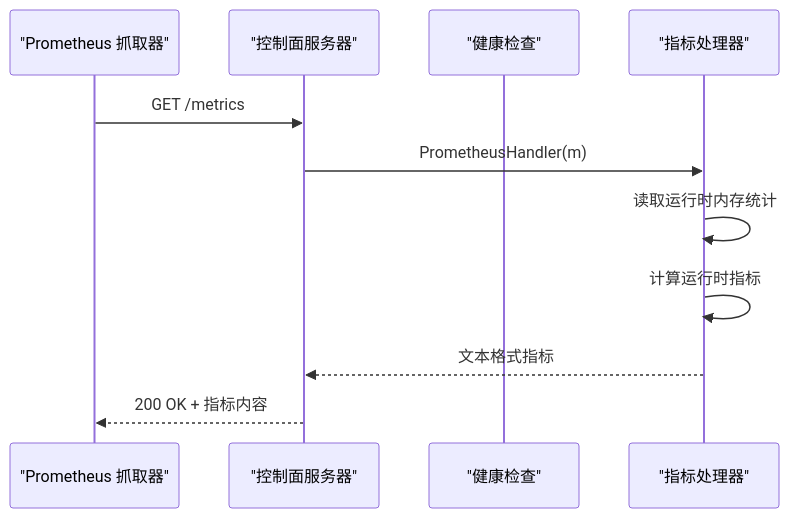
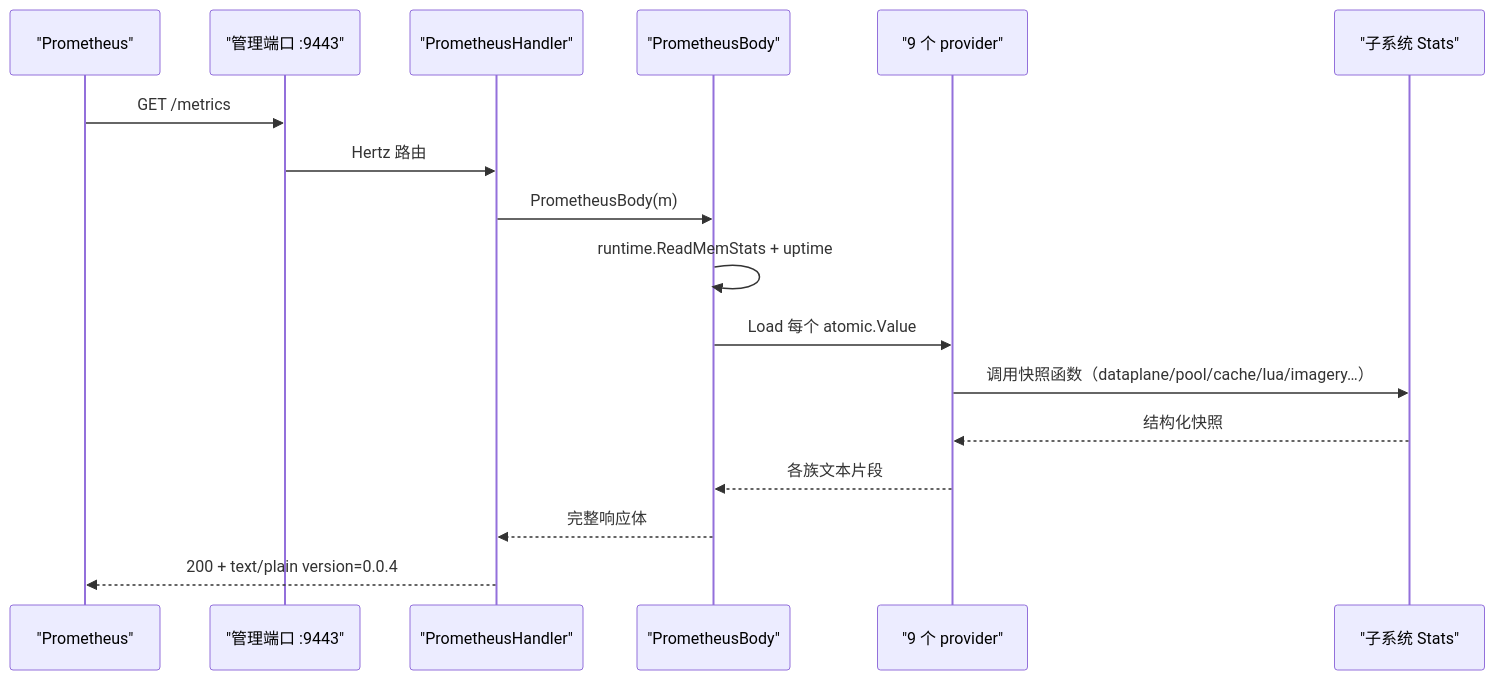
One commit to x01n/My-OpenWaf changed the third of 7 diagrams in docs/扩展与插件系统/第三方集成/监控系统集成.md. Above: the diagram before and after it, drawn with Mermaid. The commit also changed other lines of this file and 622 other files, not shown here.

````diff
--- a/docs/扩展与插件系统/第三方集成/监控系统集成.md
+++ b/docs/扩展与插件系统/第三方集成/监控系统集成.md
@@ -181,13 +227,19 @@
 ```mermaid
 sequenceDiagram
-participant P as "Prometheus 抓取器"
-participant S as "控制面服务器"
-participant H as "健康检查"
-participant M as "指标处理器"
-P->>S : GET /metrics
-S->>M : PrometheusHandler(m)
-M->>M : 读取运行时内存统计
-M->>M : 计算运行时指标
-M-->>S : 文本格式指标
-S-->>P : 200 OK + 指标内容
+participant PROM as "Prometheus"
+participant HZ as "管理端口 :9443"
+participant HANDLER as "PrometheusHandler"
+participant BODY as "PrometheusBody"
+participant PROV as "9 个 provider"
+participant SUB as "子系统 Stats"
+PROM->>HZ : GET /metrics
+HZ->>HANDLER : Hertz 路由
+HANDLER->>BODY : PrometheusBody(m)
+BODY->>BODY : runtime.ReadMemStats + uptime
+BODY->>PROV : Load 每个 atomic.Value
+PROV->>SUB : 调用快照函数（dataplane/pool/cache/lua/imagery…）
+SUB-->>PROV : 结构化快照
+PROV-->>BODY : 各族文本片段
+BODY-->>HANDLER : 完整响应体
+HANDLER-->>PROM : 200 + text/plain version=0.0.4
 ```
````
